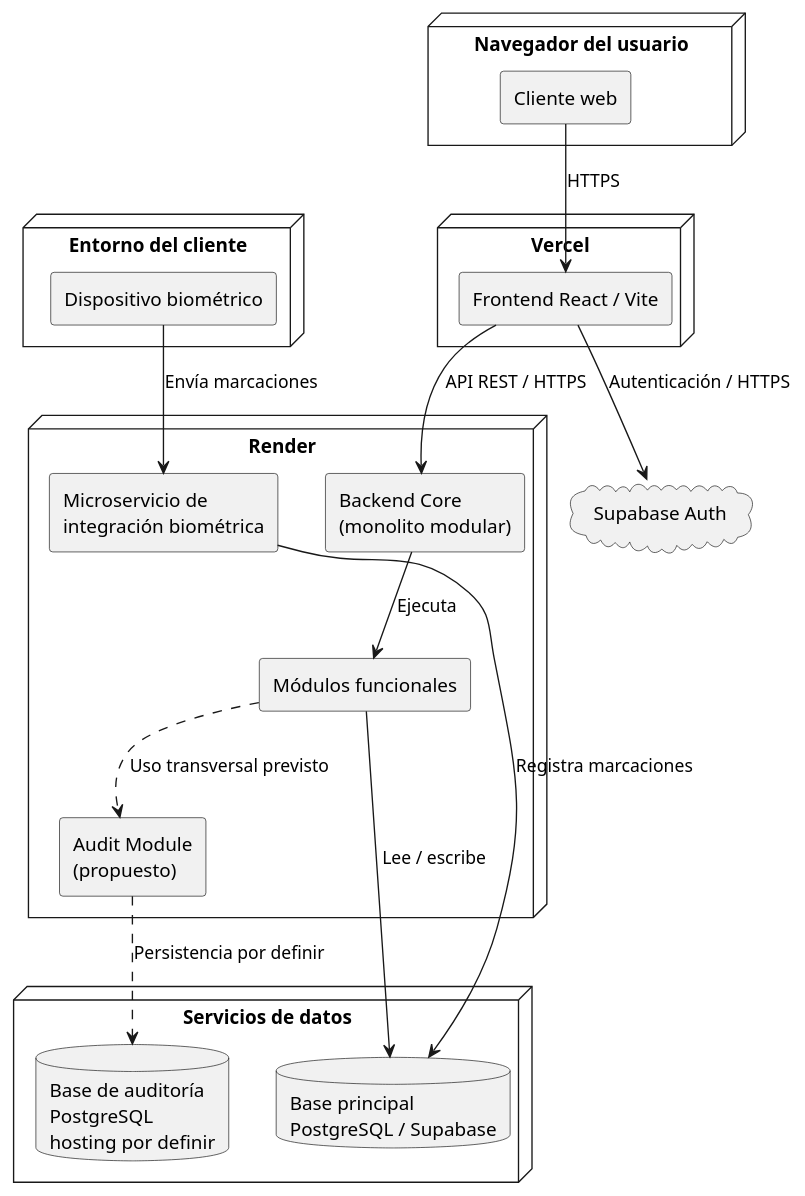
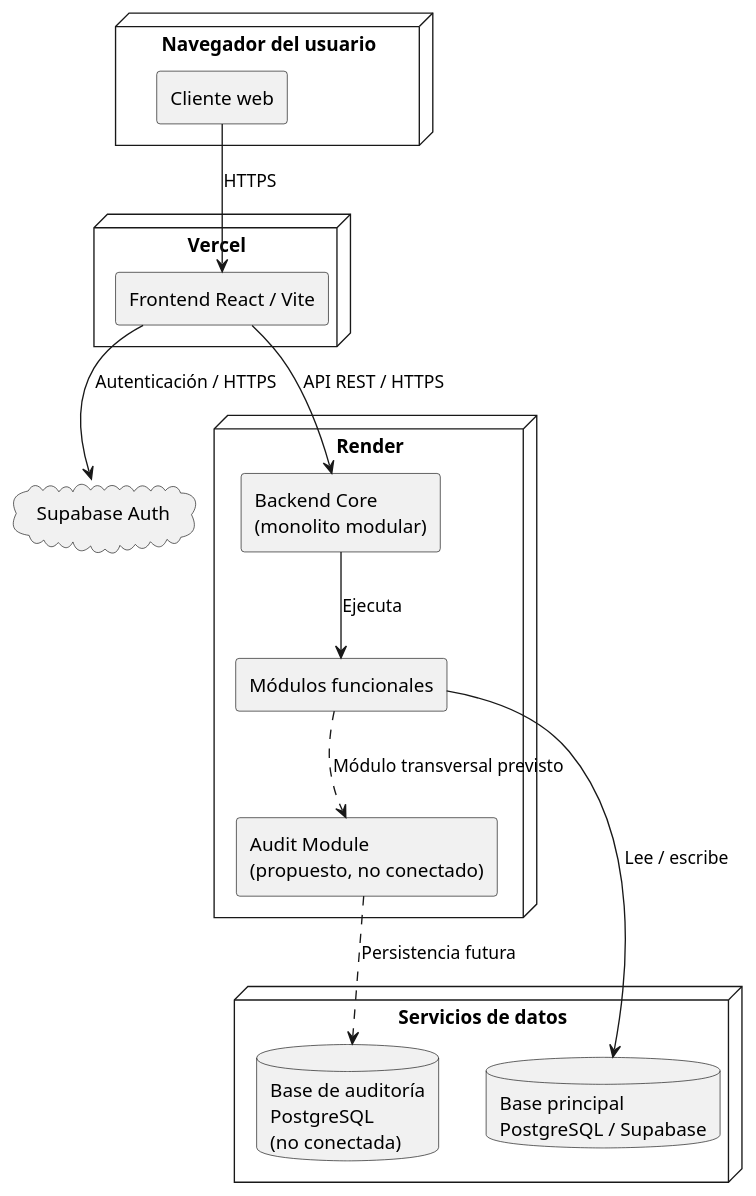
The diagram in docs/diagrams/source/deployment.puml (sisgal-platform/sisgal-docs), drawn with PlantUML before and after one commit.

Commit message:
docs: update deployment diagram for current services

```diff
--- a/docs/diagrams/source/deployment.puml
+++ b/docs/diagrams/source/deployment.puml
@@ -1,41 +1,34 @@
 @startuml SISGAL_Deployment
 skinparam componentStyle rectangle
 skinparam shadowing false
 
 node "Navegador del usuario" as browser {
     component "Cliente web" as client
 }
 
 node "Vercel" as vercel {
     component "Frontend React / Vite" as frontend
 }
 
 node "Render" as render {
     component "Backend Core\n(monolito modular)" as core
-    component "Microservicio de\nintegración biométrica" as integration
     component "Módulos funcionales" as modules
-    component "Audit Module\n(propuesto)" as audit
+    component "Audit Module\n(propuesto, no conectado)" as audit
 }
 
 node "Servicios de datos" as data {
     database "Base principal\nPostgreSQL / Supabase" as primary_db
-    database "Base de auditoría\nPostgreSQL\nhosting por definir" as audit_db
+    database "Base de auditoría\nPostgreSQL\n(no conectada)" as audit_db
 }
 
 cloud "Supabase Auth" as supabase_auth
-
-node "Entorno del cliente" as device {
-    component "Dispositivo biométrico" as biometric
-}
 
 client --> frontend : HTTPS
 frontend --> core : API REST / HTTPS
 frontend --> supabase_auth : Autenticación / HTTPS
 core --> modules : Ejecuta
 modules --> primary_db : Lee / escribe
-biometric --> integration : Envía marcaciones
-integration --> primary_db : Registra marcaciones
-modules ..> audit : Uso transversal previsto
-audit ..> audit_db : Persistencia por definir
+modules ..> audit : Módulo transversal previsto
+audit ..> audit_db : Persistencia futura
 
 @enduml
```
